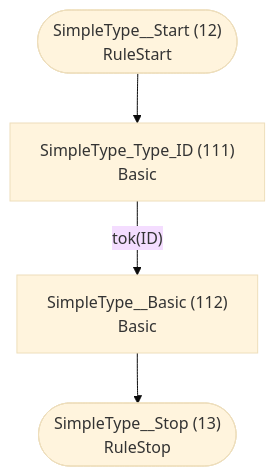
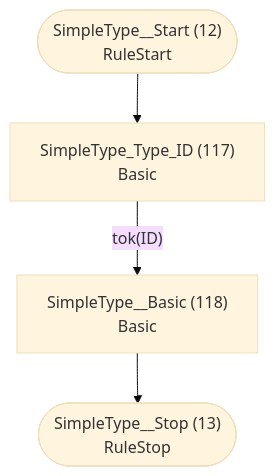
One commit to TypeFox/fastbelt changed the seventh of 28 diagrams in internal/grammar/atn.md. Above: the diagram before and after it, drawn with Mermaid (base theme). The commit also changed other lines of this file and 8 other files, not shown here.

````diff
--- a/internal/grammar/atn.md
+++ b/internal/grammar/atn.md
@@ -195,11 +200,11 @@
 ```mermaid
 flowchart TD
     q12(["SimpleType__Start (12)<br/>RuleStart"])
     q13(["SimpleType__Stop (13)<br/>RuleStop"])
-    q111["SimpleType_Type_ID (111)<br/>Basic<br/>"]
-    q112["SimpleType__Basic (112)<br/>Basic<br/>"]
+    q117["SimpleType_Type_ID (117)<br/>Basic<br/>"]
+    q118["SimpleType__Basic (118)<br/>Basic<br/>"]
 
-    q12 --> q111
-    q111 -->|"tok(ID)"| q112
-    q112 --> q13
+    q12 --> q117
+    q117 -->|"tok(ID)"| q118
+    q118 --> q13
 ```
````
